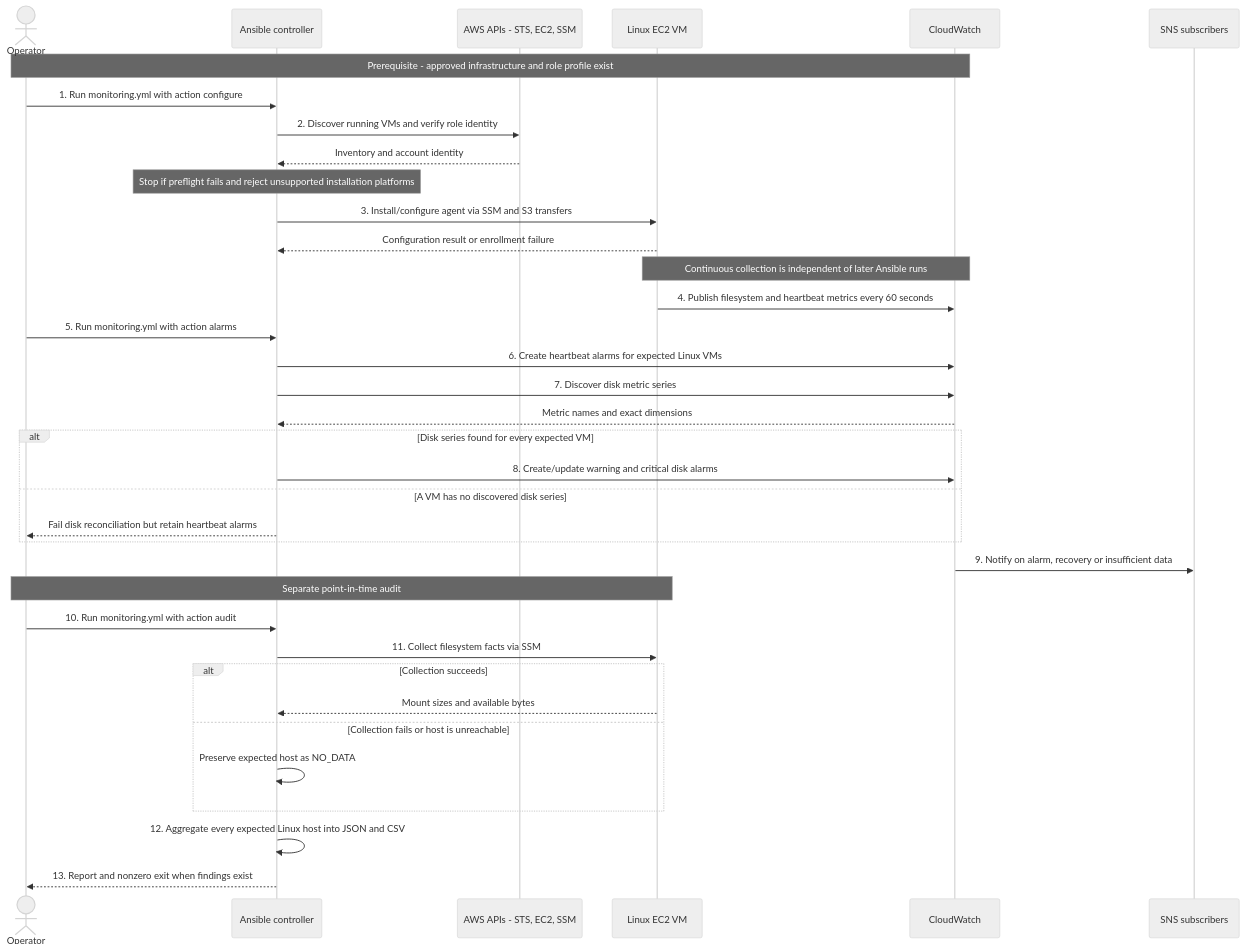
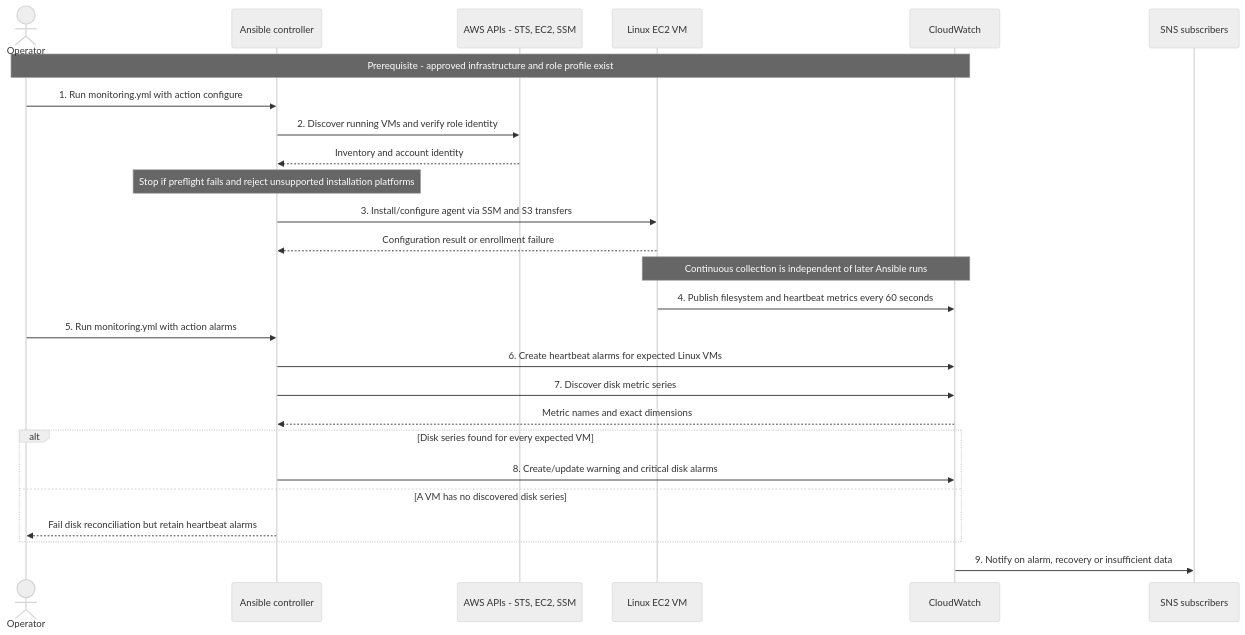
Before and after one commit to vishalchandol/Lucidity_task: the second of 2 diagrams in docs/architecture.md, drawn with Mermaid (neutral theme). The commit also changed other lines of this file and 35 other files, not shown here.

````diff
--- a/docs/architecture.md
+++ b/docs/architecture.md
@@ -47,41 +46,31 @@
 ```mermaid
 	sequenceDiagram
 		actor Operator
 		participant Ansible as Ansible controller
 		participant AWS as AWS APIs - STS, EC2, SSM
 		participant VM as Linux EC2 VM
 		participant CW as CloudWatch
 		participant SNS as SNS subscribers
 
 		Note over Operator,CW: Prerequisite - approved infrastructure and role profile exist
 		Operator->>Ansible: 1. Run monitoring.yml with action configure
 		Ansible->>AWS: 2. Discover running VMs and verify role identity
 		AWS-->>Ansible: Inventory and account identity
 		Note over Ansible: Stop if preflight fails and reject unsupported installation platforms
 		Ansible->>VM: 3. Install/configure agent via SSM and S3 transfers
 		VM-->>Ansible: Configuration result or enrollment failure
 
 		Note over VM,CW: Continuous collection is independent of later Ansible runs
 		VM->>CW: 4. Publish filesystem and heartbeat metrics every 60 seconds
 		Operator->>Ansible: 5. Run monitoring.yml with action alarms
 		Ansible->>CW: 6. Create heartbeat alarms for expected Linux VMs
 		Ansible->>CW: 7. Discover disk metric series
 		CW-->>Ansible: Metric names and exact dimensions
 		alt Disk series found for every expected VM
 			Ansible->>CW: 8. Create/update warning and critical disk alarms
 		else A VM has no discovered disk series
 			Ansible-->>Operator: Fail disk reconciliation but retain heartbeat alarms
 		end
 		CW->>SNS: 9. Notify on alarm, recovery or insufficient data
 
-		Note over Operator,VM: Separate point-in-time audit
-		Operator->>Ansible: 10. Run monitoring.yml with action audit
-		Ansible->>VM: 11. Collect filesystem facts via SSM
-		alt Collection succeeds
-			VM-->>Ansible: Mount sizes and available bytes
-		else Collection fails or host is unreachable
-			Ansible->>Ansible: Preserve expected host as NO_DATA
-		end
-		Ansible->>Ansible: 12. Aggregate every expected Linux host into JSON and CSV
-		Ansible-->>Operator: 13. Report and nonzero exit when findings exist
 ```
````
